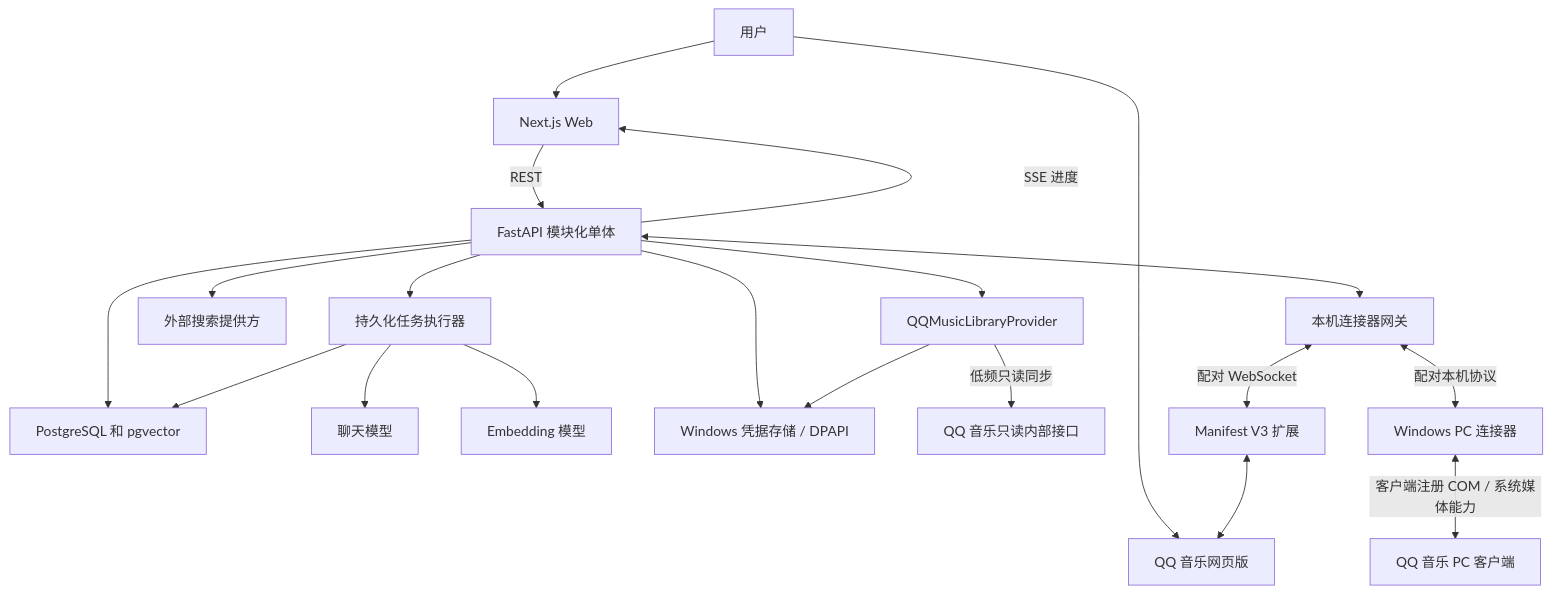
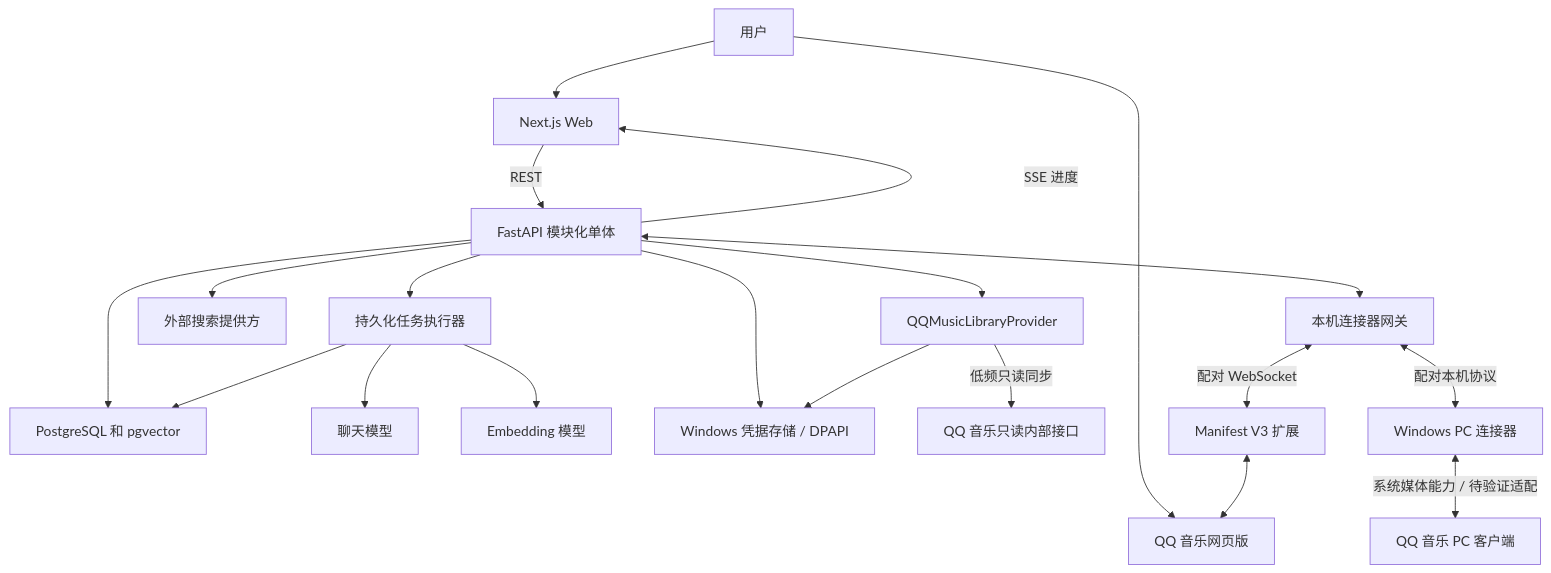
One commit to Chandler-h-blake/mood-music changed the diagram in docs/architecture/SYSTEM_DESIGN.md. Above: the diagram before and after it, drawn with Mermaid. The commit also changed other lines of this file and 12 other files, not shown here.

````diff
--- a/docs/architecture/SYSTEM_DESIGN.md
+++ b/docs/architecture/SYSTEM_DESIGN.md
@@ -11,39 +11,39 @@
 ```mermaid
 flowchart TB
     User["用户"]
     Web["Next.js Web"]
     API["FastAPI 模块化单体"]
     Jobs["持久化任务执行器"]
     DB["PostgreSQL 和 pgvector"]
     LLM["聊天模型"]
     Embed["Embedding 模型"]
     Search["外部搜索提供方"]
     CredentialStore["Windows 凭据存储 / DPAPI"]
     QQLibrary["QQMusicLibraryProvider"]
     QQAPI["QQ 音乐只读内部接口"]
     Bridge["本机连接器网关"]
     Extension["Manifest V3 扩展"]
     QQ["QQ 音乐网页版"]
     PCAgent["Windows PC 连接器"]
     QQPC["QQ 音乐 PC 客户端"]
 
     User --> Web
     User --> QQ
     Web -->|"REST"| API
     API -->|"SSE 进度"| Web
     API --> DB
     API --> Jobs
     Jobs --> DB
     Jobs --> LLM
     Jobs --> Embed
     API --> Search
     API --> CredentialStore
     API --> QQLibrary
     QQLibrary --> CredentialStore
     QQLibrary -->|"低频只读同步"| QQAPI
     API <--> Bridge
     Bridge <-->|"配对 WebSocket"| Extension
     Extension <--> QQ
     Bridge <-->|"配对本机协议"| PCAgent
-    PCAgent <-->|"客户端注册 COM / 系统媒体能力"| QQPC
+    PCAgent <-->|"系统媒体能力 / 待验证适配"| QQPC
 ```
````
